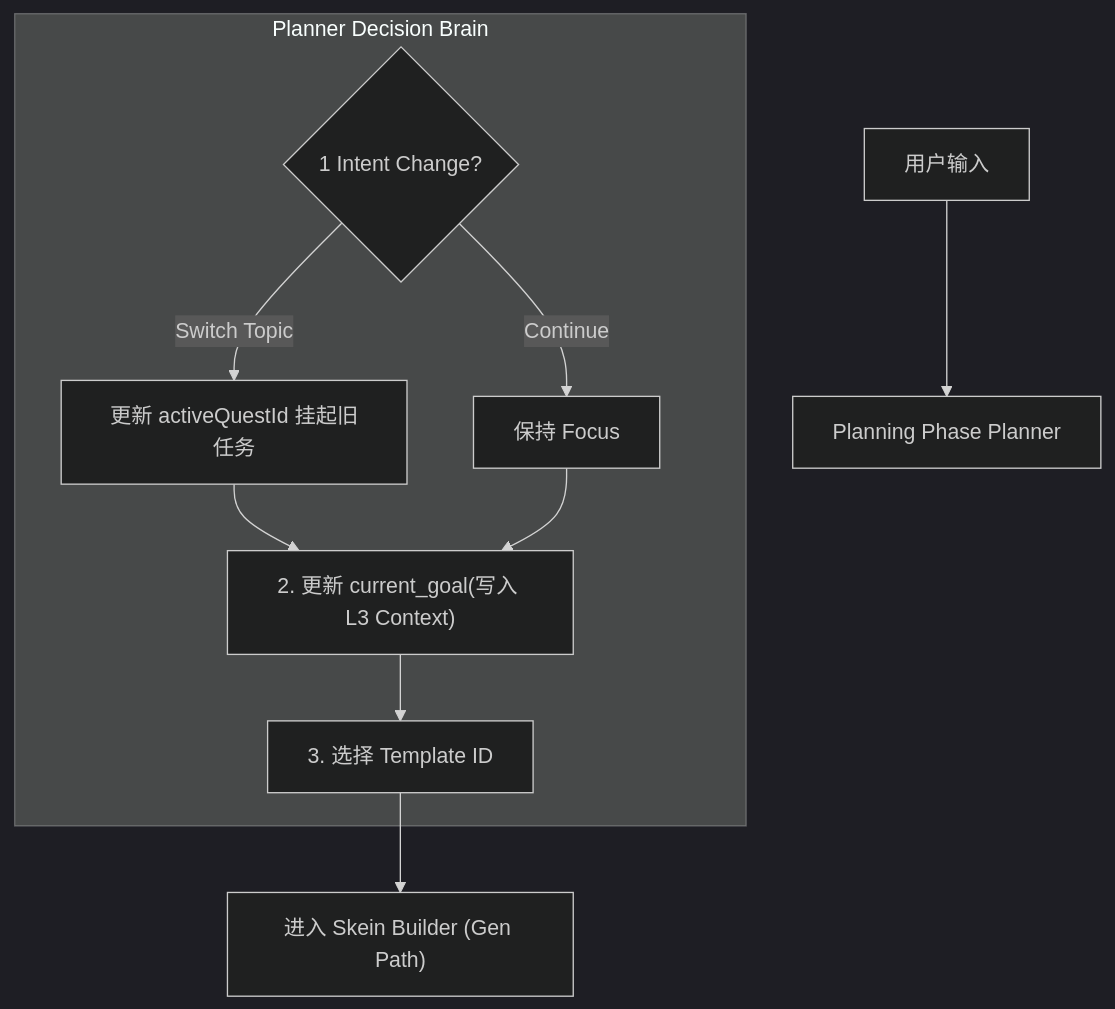
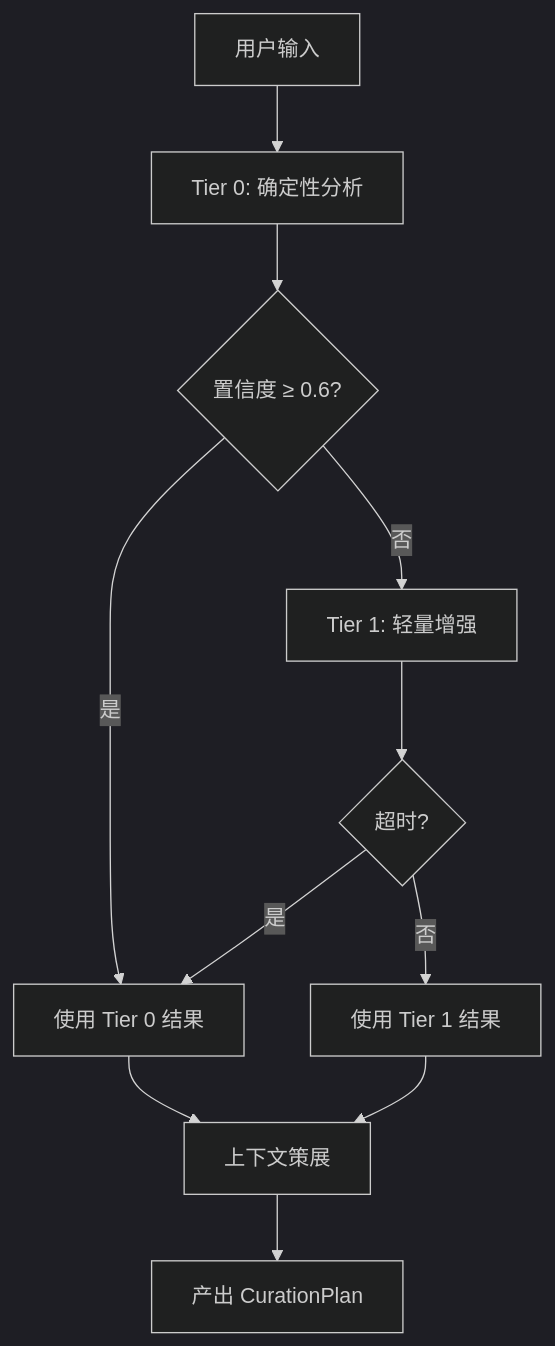
One commit to Abgetrennter/Clotho-Design changed the first of 2 diagrams in 00_active_specs/jacquard/planner-component.md. Above: the diagram before and after it, drawn with Mermaid (dark theme). The commit also changed other lines of this file and 15 other files, not shown here.

First line of the commit message:
docs: 完善 Jacquard 架构文档 - Schema Injector 组件与协议解耦设计

````diff
--- a/00_active_specs/jacquard/planner-component.md
+++ b/00_active_specs/jacquard/planner-component.md
@@ -62,16 +117,16 @@
 ```mermaid
 graph TD
-    UserInput[用户输入] --> Planner[Planning Phase Planner]
+    UserInput[用户输入] --> Tier0[Tier 0: 确定性分析]
     
-    subgraph "Planner Decision Brain"
-        CheckFocus{1 Intent Change?}
-        
-        CheckFocus -- "Switch Topic" --> Switch[更新 activeQuestId 挂起旧任务]
-        CheckFocus -- "Continue" --> Keep[保持 Focus]
-        
-        Switch & Keep --> SetGoal["2. 更新 current_goal(写入 L3 Context)"]
-        SetGoal --> SelectTempl[3. 选择 Template ID]
-    end
+    Tier0 --> ConfidenceCheck{置信度 ≥ 0.6?}
     
-    SelectTempl --> SkeinBuilder["进入 Skein Builder (Gen Path)"]
+    ConfidenceCheck -- 是 --> UseTier0[使用 Tier 0 结果]
+    ConfidenceCheck -- 否 --> Tier1[Tier 1: 轻量增强]
+    
+    Tier1 --> TimeoutCheck{超时?}
+    TimeoutCheck -- 是 --> UseTier0
+    TimeoutCheck -- 否 --> UseTier1[使用 Tier 1 结果]
+    
+    UseTier0 & UseTier1 --> Curation[上下文策展]
+    Curation --> Output[产出 CurationPlan]
 ```
````
